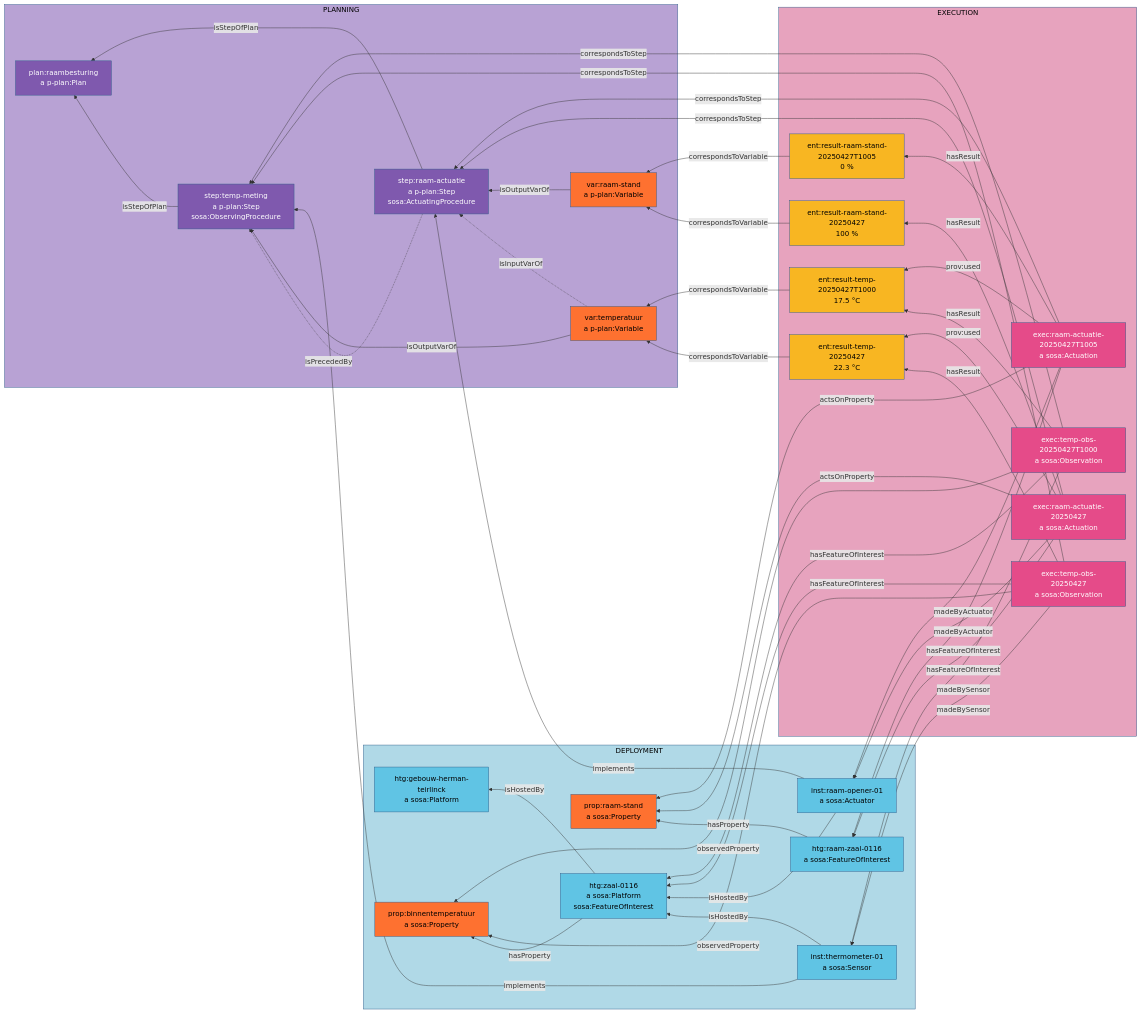
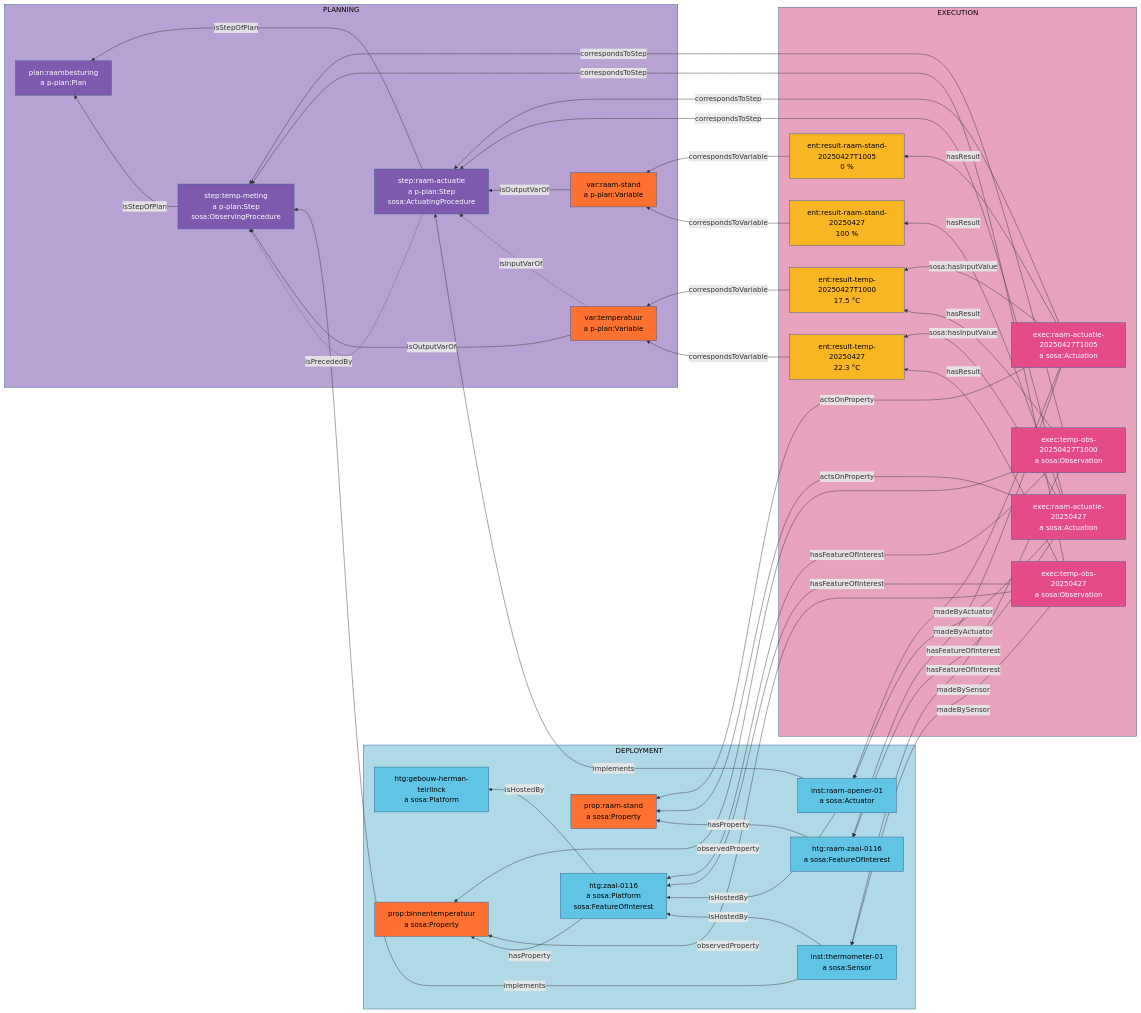
Before and after one commit to Informatievlaanderen/OSLOthema-SSNSOSA-VL: the diagram in src/main/input/temperatuur-raam/temperatuur-raam.mmd, drawn with Mermaid. The commit also changed 15 other files, not shown here.

```diff
--- a/src/main/input/temperatuur-raam/temperatuur-raam.mmd
+++ b/src/main/input/temperatuur-raam/temperatuur-raam.mmd
@@ -1,120 +1,120 @@
 flowchart RL
 
 subgraph PLANNING["PLANNING"]
     Plan["plan:raambesturing\na p-plan:Plan"]
     StapTemp["step:temp-meting\na p-plan:Step\nsosa:ObservingProcedure"]
     StapRaam["step:raam-actuatie\na p-plan:Step\nsosa:ActuatingProcedure"]
     VarTemp["var:temperatuur\na p-plan:Variable"]
     VarRaamStand["var:raam-stand\na p-plan:Variable"]
 end
 
 subgraph DEPLOYMENT["DEPLOYMENT"]
     Gebouw["htg:gebouw-herman-teirlinck\na sosa:Platform"]
     Zaal["htg:zaal-0116\na sosa:Platform\nsosa:FeatureOfInterest"]
     Raam["htg:raam-zaal-0116\na sosa:FeatureOfInterest"]
     PropTemp["prop:binnentemperatuur\na sosa:Property"]
     PropRaam["prop:raam-stand\na sosa:Property"]
     Thermo["inst:thermometer-01\na sosa:Sensor"]
     RaamOpener["inst:raam-opener-01\na sosa:Actuator"]
 end
 
 subgraph EXECUTION["EXECUTION"]
     TempObs1["exec:temp-obs-20250427\na sosa:Observation"]
     ResultTemp1["ent:result-temp-20250427\n22.3 °C"]
     TempObs2["exec:temp-obs-20250427T1000\na sosa:Observation"]
     ResultTemp2["ent:result-temp-20250427T1000\n17.5 °C"]
 
         RaamAct1["exec:raam-actuatie-20250427\na sosa:Actuation"]
         ResultRaam1["ent:result-raam-stand-20250427\n100 %"]
         RaamAct2["exec:raam-actuatie-20250427T1005\na sosa:Actuation"]
         ResultRaam2["ent:result-raam-stand-20250427T1005\n0 %"]
 
 end
 
 %% Stijlen subgrafen
 style PLANNING fill:#b8a2d4,stroke:#2E5C8A,color:#000
 style DEPLOYMENT fill:#b0d9e7,stroke:#2E5C8A,color:#000
 style EXECUTION fill:#e7a3be,stroke:#2E5C8A,color:#000
 
 %% Stijlen planning-nodes
 style Plan fill:#7f59ae,stroke:#2E5C8A,color:#fff
 style StapTemp fill:#7f59ae,stroke:#2E5C8A,color:#fff
 style StapRaam fill:#7f59ae,stroke:#2E5C8A,color:#fff
 style VarTemp fill:#fe7130,stroke:#2E5C8A,color:#000
 style VarRaamStand fill:#fe7130,stroke:#2E5C8A,color:#000
 
 %% Stijlen deployment-nodes
 style Gebouw fill:#60c4e4,stroke:#2E5C8A,color:#000
 style Zaal fill:#60c4e4,stroke:#2E5C8A,color:#000
 style Raam fill:#60c4e4,stroke:#2E5C8A,color:#000
 style PropTemp fill:#fe7130,stroke:#2E5C8A,color:#000
 style PropRaam fill:#fe7130,stroke:#2E5C8A,color:#000
 style Thermo fill:#60c4e4,stroke:#2E5C8A,color:#000
 style RaamOpener fill:#60c4e4,stroke:#2E5C8A,color:#000
 
 %% Stijlen execution-nodes
 style TempObs1 fill:#e54b89,stroke:#2E5C8A,color:#fff
 style ResultTemp1 fill:#f8b622,stroke:#2E5C8A,color:#000
 style TempObs2 fill:#e54b89,stroke:#2E5C8A,color:#fff
 style ResultTemp2 fill:#f8b622,stroke:#2E5C8A,color:#000
 style RaamAct1 fill:#e54b89,stroke:#2E5C8A,color:#fff
 style ResultRaam1 fill:#f8b622,stroke:#2E5C8A,color:#000
 style RaamAct2 fill:#e54b89,stroke:#2E5C8A,color:#fff
 style ResultRaam2 fill:#f8b622,stroke:#2E5C8A,color:#000
 
 %% Planning-relaties
 StapTemp -->|isStepOfPlan| Plan
 StapRaam -->|isStepOfPlan| Plan
 StapRaam -.->|isPrecededBy| StapTemp
 VarTemp -->|isOutputVarOf| StapTemp
 VarTemp -.->|isInputVarOf| StapRaam
 VarRaamStand -->|isOutputVarOf| StapRaam
 
 %% Deployment-relaties
 Zaal -->|isHostedBy| Gebouw
 Thermo -->|isHostedBy| Zaal
 RaamOpener -->|isHostedBy| Zaal
 Zaal -->|hasProperty| PropTemp
 Raam -->|hasProperty| PropRaam
 Thermo -->|implements| StapTemp
 RaamOpener -->|implements| StapRaam
 
 %% Execution-relaties (naar stappen)
 TempObs1 -->|correspondsToStep| StapTemp
 TempObs2 -->|correspondsToStep| StapTemp
 RaamAct1 -->|correspondsToStep| StapRaam
 RaamAct2 -->|correspondsToStep| StapRaam
 
 %% Execution-relaties (naar sensoren/actuatoren)
 TempObs1 -->|madeBySensor| Thermo
 TempObs2 -->|madeBySensor| Thermo
 RaamAct1 -->|madeByActuator| RaamOpener
 RaamAct2 -->|madeByActuator| RaamOpener
 
 %% Execution-relaties (naar eigenschappen)
 TempObs1 -->|observedProperty| PropTemp
 TempObs2 -->|observedProperty| PropTemp
 RaamAct1 -->|actsOnProperty| PropRaam
 RaamAct2 -->|actsOnProperty| PropRaam
 
 %% Execution-relaties (naar features of interest)
 TempObs1 -->|hasFeatureOfInterest| Zaal
 TempObs2 -->|hasFeatureOfInterest| Zaal
 RaamAct1 -->|hasFeatureOfInterest| Raam
 RaamAct2 -->|hasFeatureOfInterest| Raam
 
 %% Execution-relaties (naar resultaten)
 TempObs1 -->|hasResult| ResultTemp1
 TempObs2 -->|hasResult| ResultTemp2
 RaamAct1 -->|hasResult| ResultRaam1
 RaamAct2 -->|hasResult| ResultRaam2
 
 %% Derivation-relaties
-RaamAct1 -->|prov:used| ResultTemp1
-RaamAct2 -->|prov:used| ResultTemp2
+RaamAct1 -->|sosa:hasInputValue| ResultTemp1
+RaamAct2 -->|sosa:hasInputValue| ResultTemp2
 
 %% Result → variabele
 ResultTemp1 -->|correspondsToVariable| VarTemp
 ResultTemp2 -->|correspondsToVariable| VarTemp
 ResultRaam1 -->|correspondsToVariable| VarRaamStand
 ResultRaam2 -->|correspondsToVariable| VarRaamStand
```
